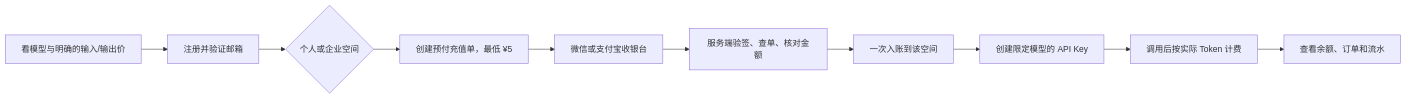
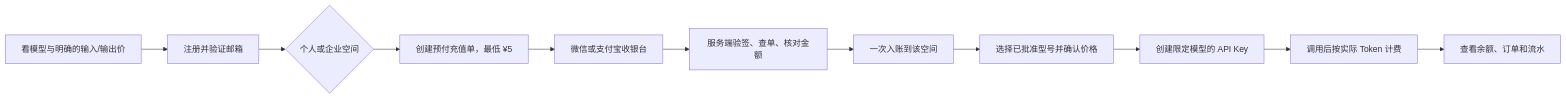
One commit to niuroumiantt/oneapi changed the diagram in docs/phase-1/20-recharge-system.md. Above: the diagram before and after it, drawn with Mermaid. The commit also changed 5 other files, not shown here.

Commit message:
Align model handoff and recharge-first customer flow

````diff
--- a/docs/phase-1/20-recharge-system.md
+++ b/docs/phase-1/20-recharge-system.md
@@ -7,12 +7,13 @@
 ```mermaid
 flowchart LR
   M[看模型与明确的输入/输出价] --> R[注册并验证邮箱]
   R --> S{个人或企业空间}
   S --> O[创建预付充值单，最低 ¥5]
   O --> P[微信或支付宝收银台]
   P --> V[服务端验签、查单、核对金额]
   V --> B[一次入账到该空间]
-  B --> K[创建限定模型的 API Key]
-  K --> U[调用后按实际 Token 计费]
+  B --> K[选择已批准型号并确认价格]
+  K --> A[创建限定模型的 API Key]
+  A --> U[调用后按实际 Token 计费]
   U --> L[查看余额、订单和流水]
 ```
````
